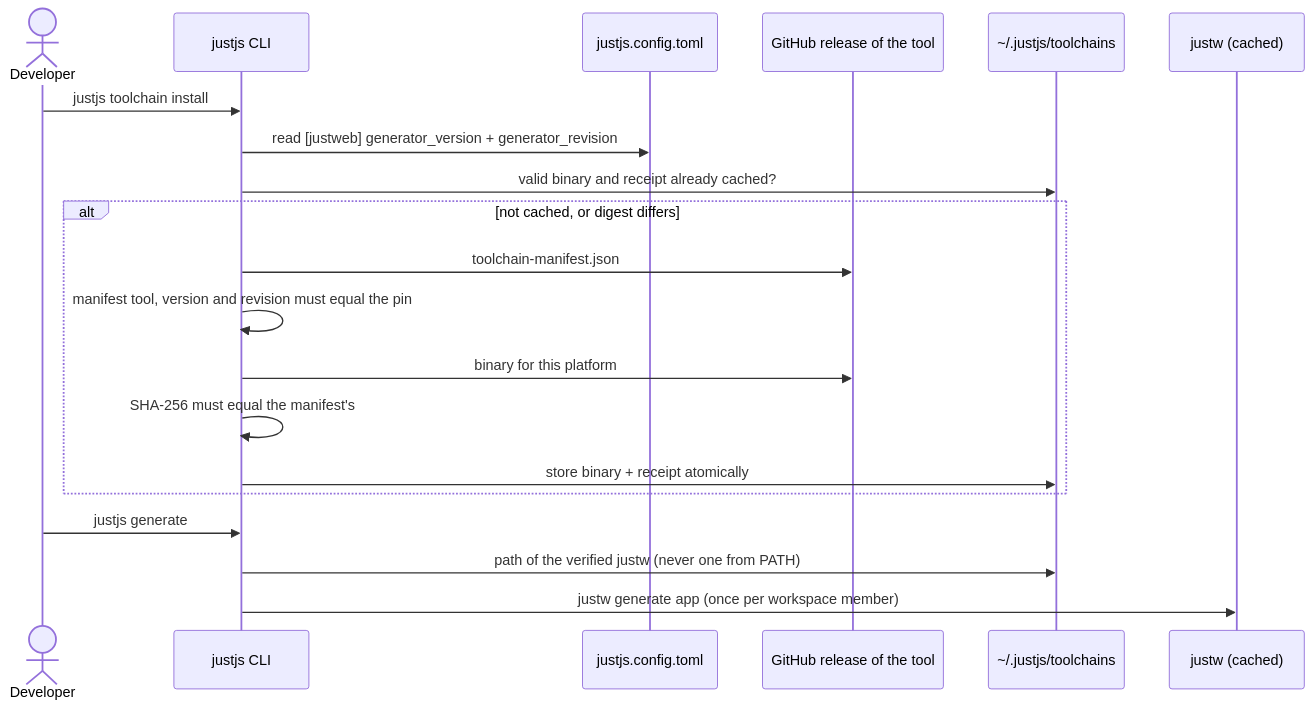
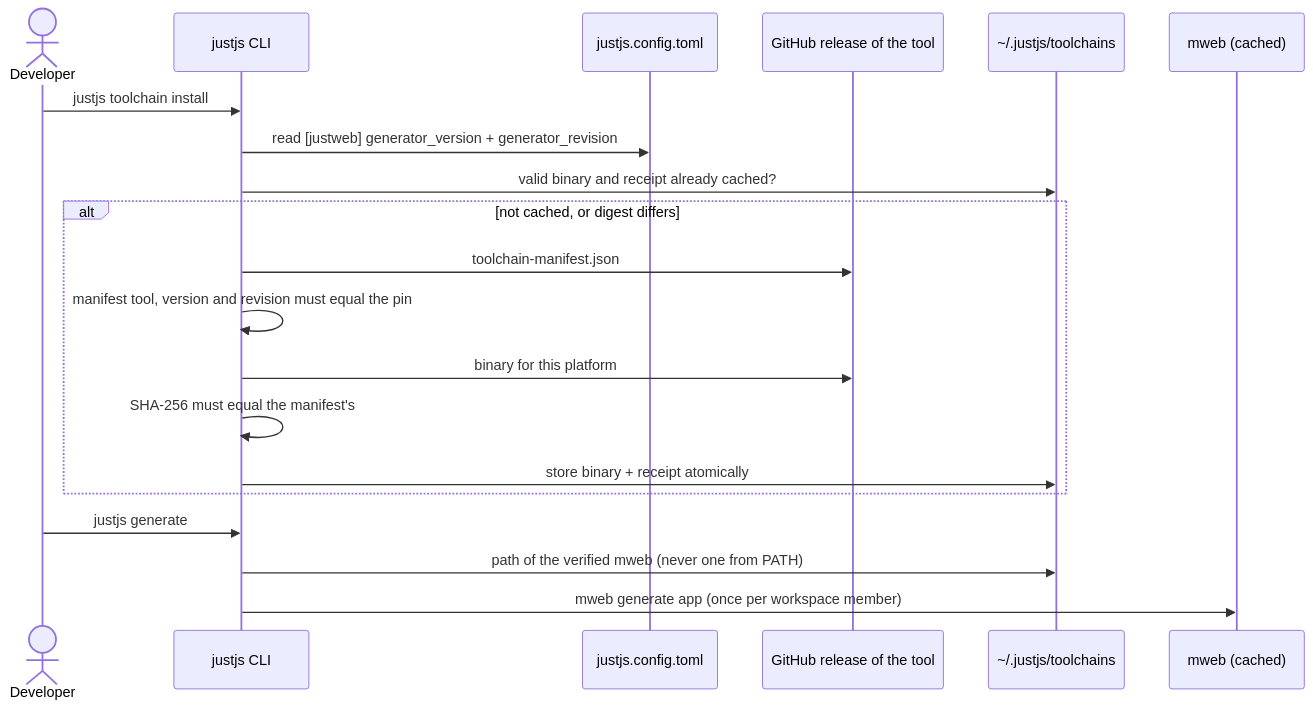
The tenth of 10 diagrams in docs/3-design/architecture.md (sweengineeringlabs/justjs), drawn with Mermaid before and after one commit. The commit also changed other lines of this file and 138 other files, not shown here.

````diff
--- a/docs/3-design/architecture.md
+++ b/docs/3-design/architecture.md
@@ -332,23 +337,23 @@
 ```mermaid
 sequenceDiagram
     actor Dev as Developer
     participant CLI as justjs CLI
     participant Cfg as justjs.config.toml
     participant GH as GitHub release of the tool
     participant Cache as ~/.justjs/toolchains
-    participant Justw as justw (cached)
+    participant Justw as mweb (cached)
 
     Dev->>CLI: justjs toolchain install
     CLI->>Cfg: read [justweb] generator_version + generator_revision
     CLI->>Cache: valid binary and receipt already cached?
     alt not cached, or digest differs
         CLI->>GH: toolchain-manifest.json
         CLI->>CLI: manifest tool, version and revision must equal the pin
         CLI->>GH: binary for this platform
         CLI->>CLI: SHA-256 must equal the manifest's
         CLI->>Cache: store binary + receipt atomically
     end
     Dev->>CLI: justjs generate
-    CLI->>Cache: path of the verified justw (never one from PATH)
-    CLI->>Justw: justw generate app (once per workspace member)
+    CLI->>Cache: path of the verified mweb (never one from PATH)
+    CLI->>Justw: mweb generate app (once per workspace member)
 ```
````
